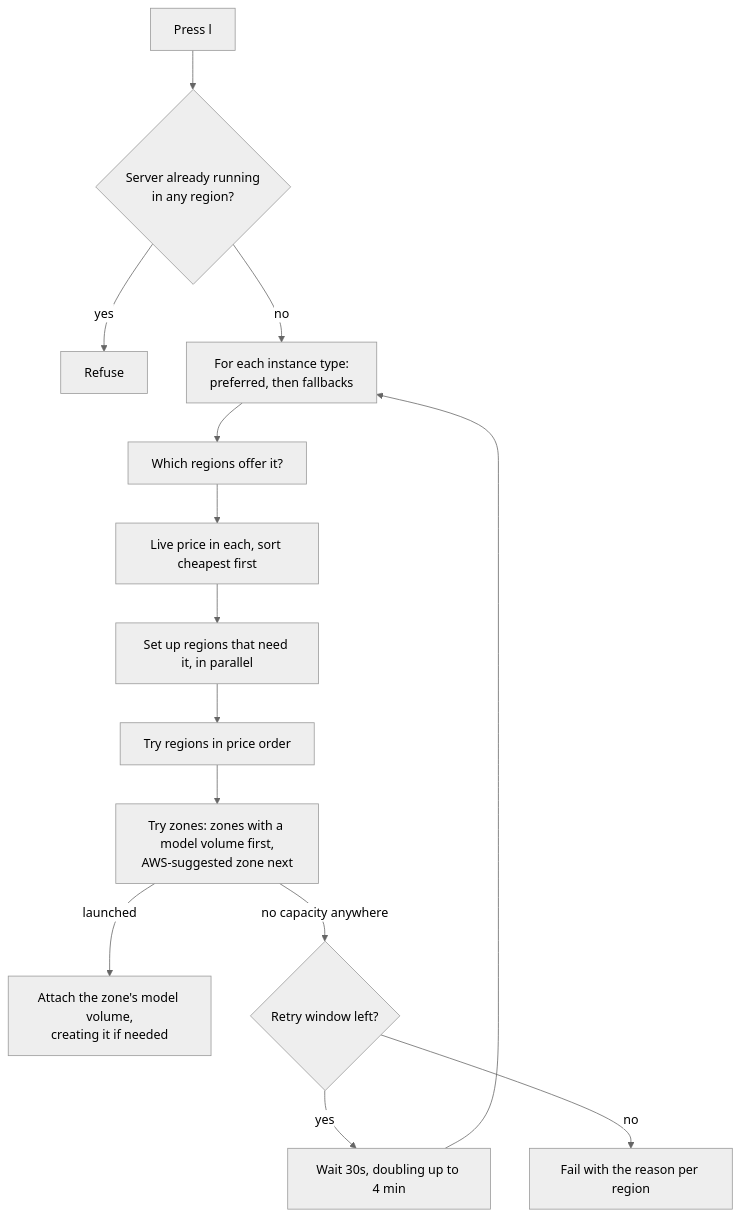
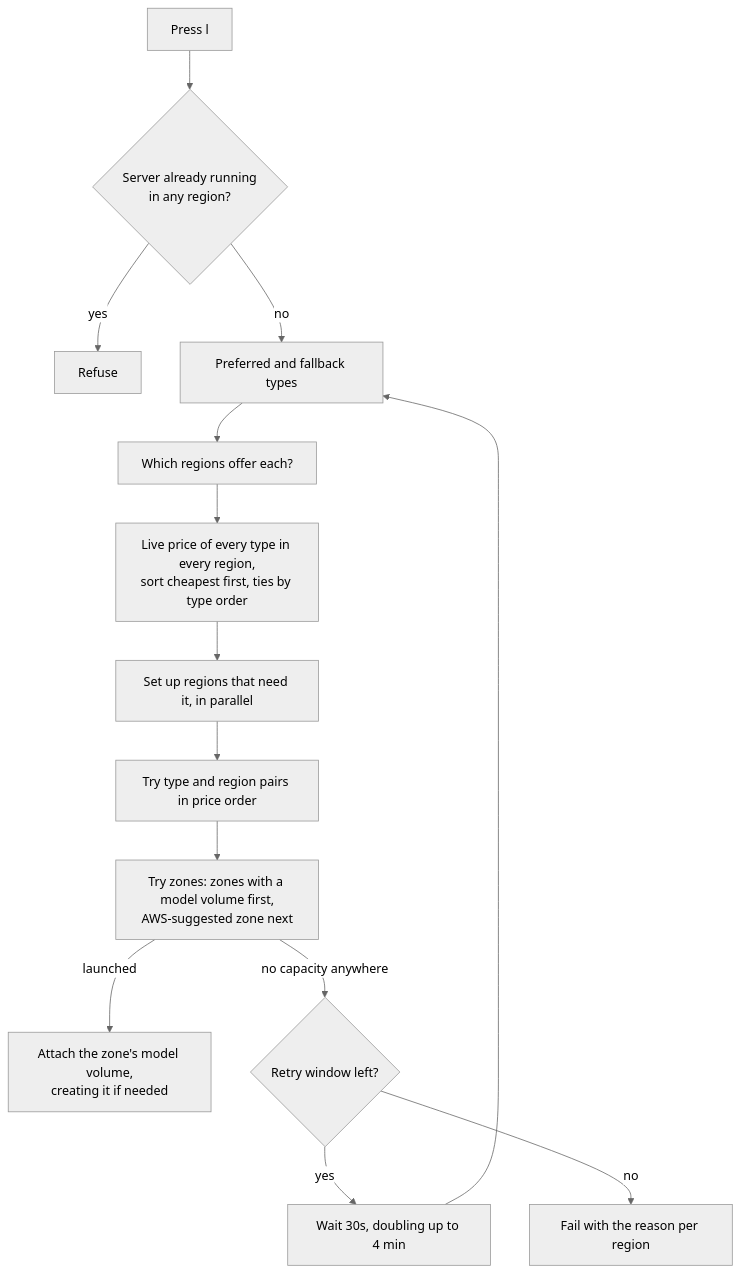
The diagram in README.md (conorarmstrong/drawthings-cloud), drawn with Mermaid (neutral theme) before and after one commit. The commit also changed other lines of this file and 10 other files, not shown here.

First line of the commit message:
Add model sets and cross-type price ranking, bump to 1.1

````diff
--- a/README.md
+++ b/README.md
@@ -186,15 +188,15 @@
 ```mermaid
 flowchart TD
   A[Press l] --> B{Server already running<br/>in any region?}
   B -- yes --> X[Refuse]
-  B -- no --> C[For each instance type:<br/>preferred, then fallbacks]
-  C --> D[Which regions offer it?]
-  D --> E[Live price in each, sort cheapest first]
+  B -- no --> C[Preferred and fallback types]
+  C --> D[Which regions offer each?]
+  D --> E[Live price of every type in every region,<br/>sort cheapest first, ties by type order]
   E --> F[Set up regions that need it, in parallel]
-  F --> G[Try regions in price order]
+  F --> G[Try type and region pairs in price order]
   G --> H[Try zones: zones with a model volume first,<br/>AWS-suggested zone next]
   H -- launched --> I[Attach the zone's model volume,<br/>creating it if needed]
   H -- no capacity anywhere --> J{Retry window left?}
   J -- yes --> K[Wait 30s, doubling up to 4 min] --> C
   J -- no --> L[Fail with the reason per region]
 ```
````
